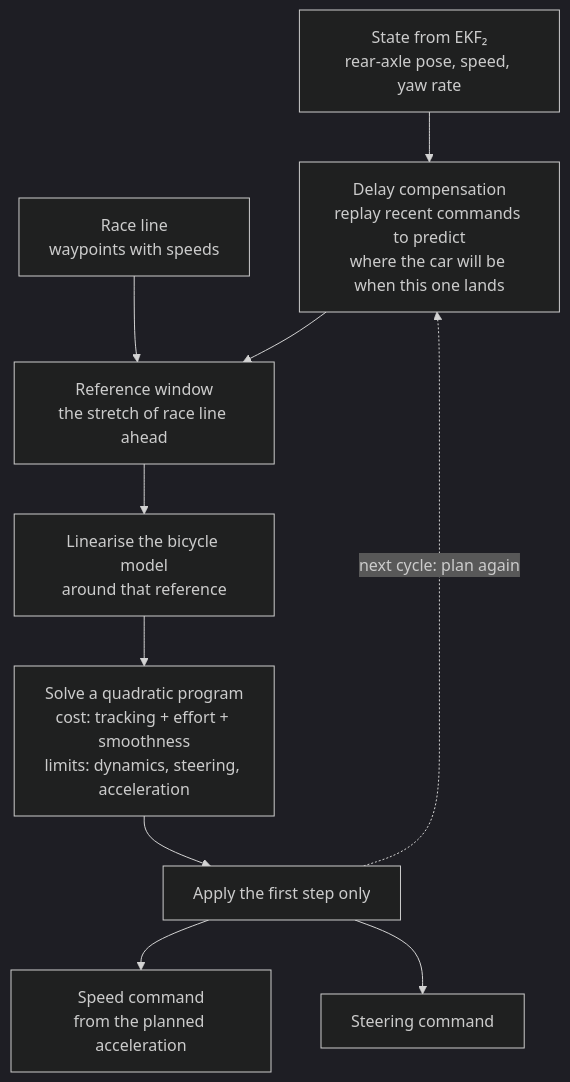
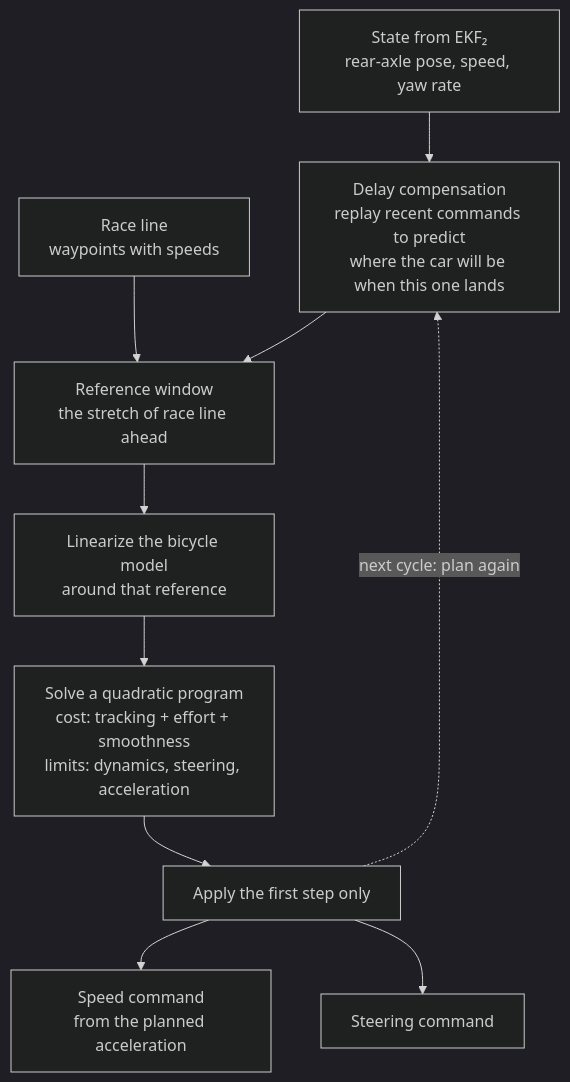
The diagram in src/assets/projects/robo-racer/diagrams/d2-control.mmd (JacobBau04/personal_website), drawn with Mermaid (dark theme) before and after one commit. The commit also changed 5 other files, not shown here.

```diff
--- a/src/assets/projects/robo-racer/diagrams/d2-control.mmd
+++ b/src/assets/projects/robo-racer/diagrams/d2-control.mmd
@@ -1,17 +1,17 @@
 %% D2: the MPC, one cycle
 flowchart TB
   ST[State from EKF₂<br/>rear-axle pose, speed, yaw rate]
   RL[Race line<br/>waypoints with speeds]
   DC[Delay compensation<br/>replay recent commands to predict<br/>where the car will be when this one lands]
   RW[Reference window<br/>the stretch of race line ahead]
-  LIN[Linearise the bicycle model<br/>around that reference]
+  LIN[Linearize the bicycle model<br/>around that reference]
   QP[Solve a quadratic program<br/>cost: tracking + effort + smoothness<br/>limits: dynamics, steering, acceleration]
   FS[Apply the first step only]
   SPD[Speed command<br/>from the planned acceleration]
   STR[Steering command]
   ST --> DC --> RW
   RL --> RW
   RW --> LIN --> QP --> FS
   FS --> SPD
   FS --> STR
   FS -.->|next cycle: plan again| DC
```
